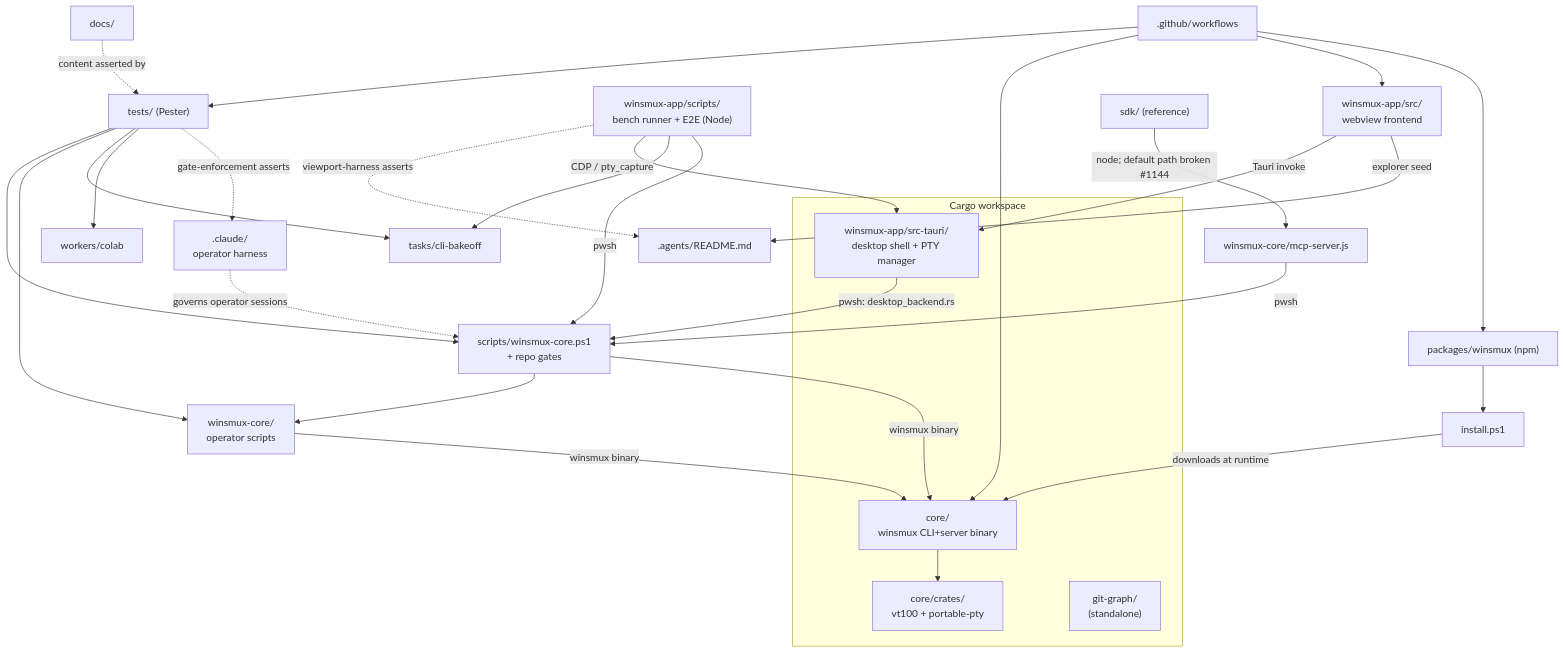
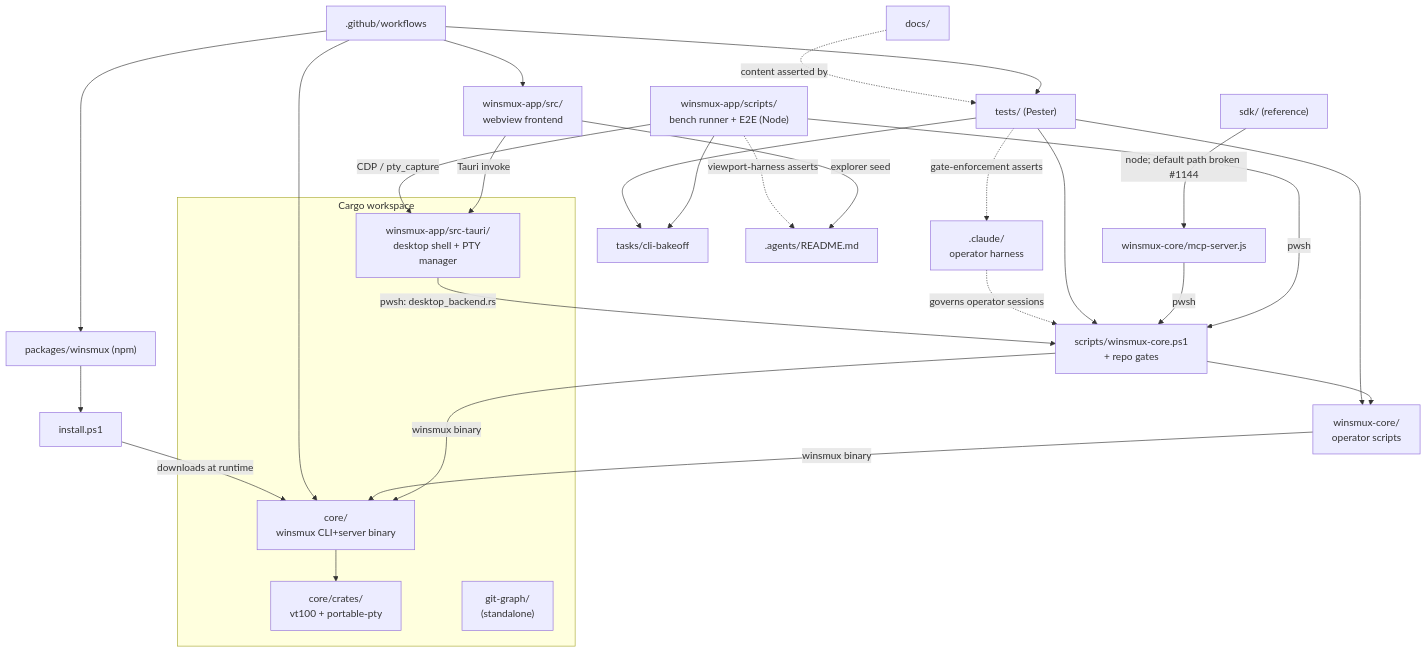
The diagram in docs/project/component-map.md (Sora-bluesky/winsmux), drawn with Mermaid before and after one commit. The commit also changed other lines of this file and 62 other files, not shown here.

````diff
--- a/docs/project/component-map.md
+++ b/docs/project/component-map.md
@@ -36,51 +36,49 @@
 ```mermaid
 graph TD
     subgraph rust["Cargo workspace"]
       core["core/<br/>winsmux CLI+server binary"]
       crates["core/crates/<br/>vt100 + portable-pty"]
       gitgraph["git-graph/<br/>(standalone)"]
       tauri["winsmux-app/src-tauri/<br/>desktop shell + PTY manager"]
     end
     frontend["winsmux-app/src/<br/>webview frontend"]
     runner["winsmux-app/scripts/<br/>bench runner + E2E (Node)"]
     wcore["winsmux-core/<br/>operator scripts"]
     mcpserver["winsmux-core/mcp-server.js"]
     claude[".claude/<br/>operator harness"]
     bridge["scripts/winsmux-core.ps1<br/>+ repo gates"]
     pester["tests/ (Pester)"]
     ci[".github/workflows"]
     pack["tasks/cli-bakeoff"]
     npmpkg["packages/winsmux (npm)"]
     installer["install.ps1"]
     docs["docs/"]
     sdk["sdk/ (reference)"]
-    colab["workers/colab"]
     agents[".agents/README.md"]
 
     core --> crates
     frontend -->|Tauri invoke| tauri
     frontend -->|explorer seed| agents
     runner -.->|viewport-harness asserts| agents
     runner -->|CDP / pty_capture| tauri
     runner --> pack
     runner -->|pwsh| bridge
     tauri -->|pwsh: desktop_backend.rs| bridge
     bridge -->|winsmux binary| core
     bridge --> wcore
     wcore -->|winsmux binary| core
     mcpserver -->|pwsh| bridge
     sdk -->|node; default path broken #1144| mcpserver
     pester --> bridge
     pester --> wcore
     pester --> pack
-    pester --> colab
     ci --> pester
     ci --> core
     ci --> frontend
     ci --> npmpkg
     npmpkg --> installer
     installer -->|downloads at runtime| core
     claude -.->|governs operator sessions| bridge
     pester -.->|gate-enforcement asserts| claude
     docs -.->|content asserted by| pester
 ```
````
